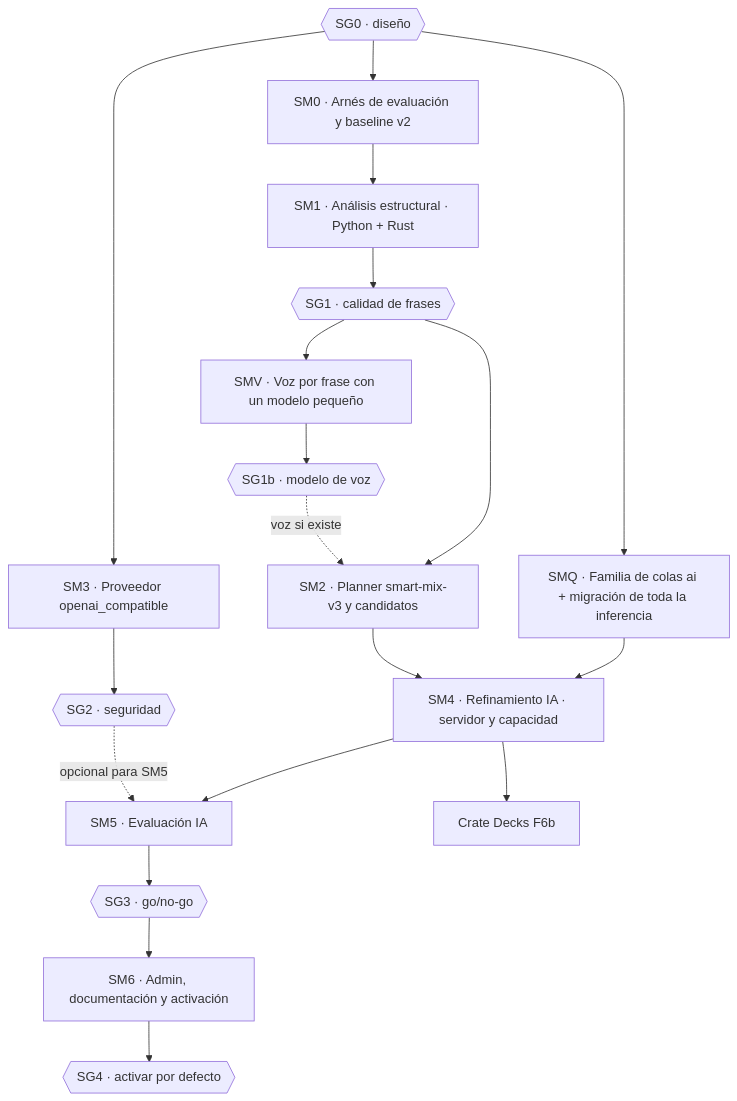
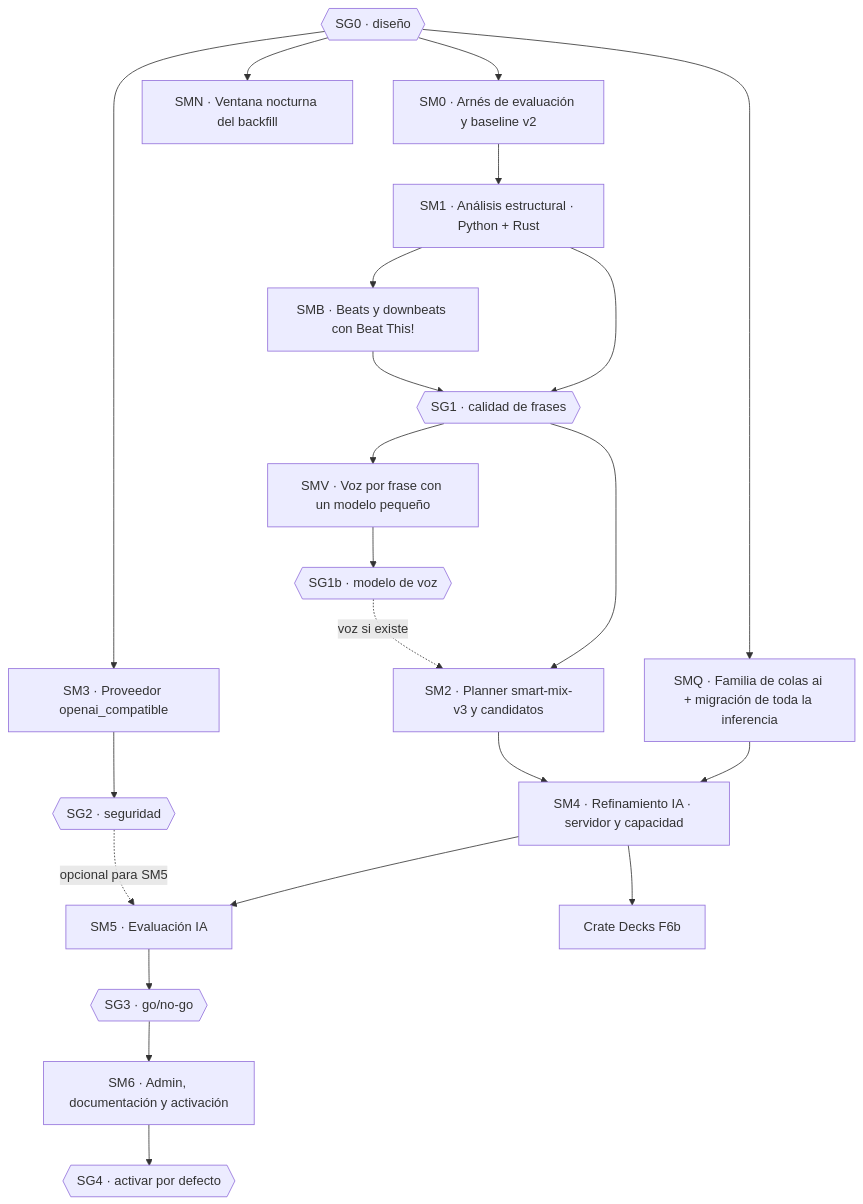
Before and after one commit to thecrateapp/crate-decks: the diagram in docs/plans/2026-11-02-smart-mix-3-implementation-plan.md, drawn with Mermaid. The commit also changed other lines of this file and 1 other file, not shown here.

First line of the commit message:
docs(plans): move v7 beats to Beat This! and add a night backfill window

````diff
--- a/docs/plans/2026-11-02-smart-mix-3-implementation-plan.md
+++ b/docs/plans/2026-11-02-smart-mix-3-implementation-plan.md
@@ -38,21 +38,24 @@
 ```mermaid
 flowchart TD
   SG0{{SG0 · diseño}} --> SM0[SM0 · Arnés de evaluación y baseline v2]
   SM0 --> SM1[SM1 · Análisis estructural · Python + Rust]
   SM1 --> SG1{{SG1 · calidad de frases}}
+  SM1 --> SMB[SMB · Beats y downbeats con Beat This!]
+  SMB --> SG1
   SG1 --> SM2[SM2 · Planner smart-mix-v3 y candidatos]
+  SG0 --> SMN[SMN · Ventana nocturna del backfill]
   SG1 --> SMV[SMV · Voz por frase con un modelo pequeño]
   SMV --> SG1b{{SG1b · modelo de voz}}
   SG1b -. voz si existe .-> SM2
   SG0 --> SM3[SM3 · Proveedor openai_compatible]
   SG0 --> SMQ[SMQ · Familia de colas ai + migración de toda la inferencia]
   SMQ --> SM4
   SM3 --> SG2{{SG2 · seguridad}}
   SM2 --> SM4[SM4 · Refinamiento IA · servidor y capacidad]
   SM4 --> SM5[SM5 · Evaluación IA]
   SG2 -. opcional para SM5 .-> SM5
   SM5 --> SG3{{SG3 · go/no-go}}
   SG3 --> SM6[SM6 · Admin, documentación y activación]
   SM6 --> SG4{{SG4 · activar por defecto}}
   SM4 --> DECKS[Crate Decks F6b]
 ```
````
